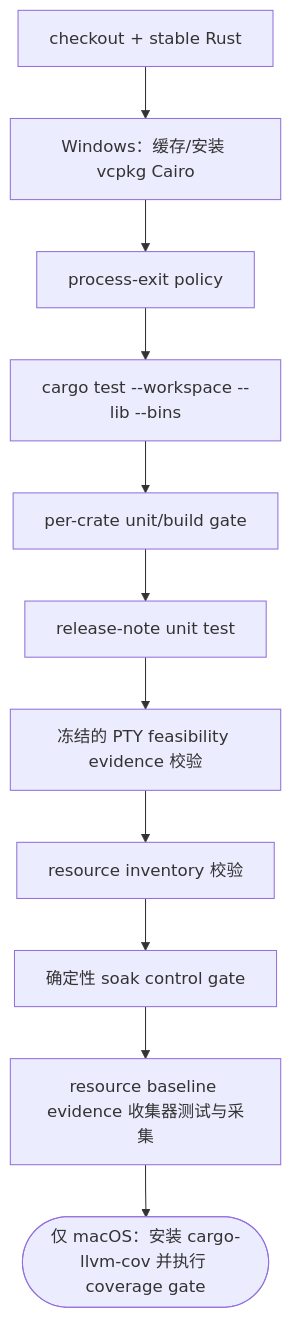
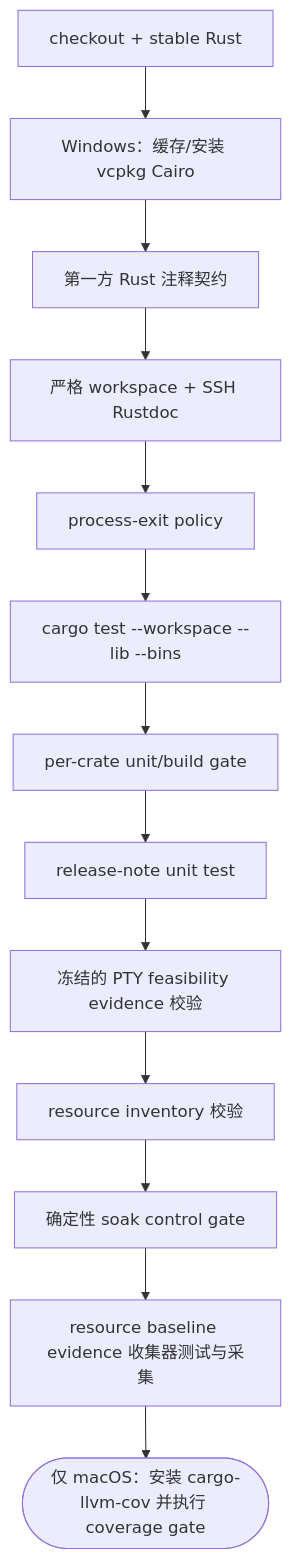
One commit to D0n9X1n/SonicTerm changed the third of 4 diagrams in wiki/Development-and-Release.md. Above: the diagram before and after it, drawn with Mermaid. The commit also changed other lines of this file and 184 other files, not shown here.

````diff
--- a/wiki/Development-and-Release.md
+++ b/wiki/Development-and-Release.md
@@ -408,25 +462,29 @@
 ```mermaid
 flowchart TD
     checkout["checkout + stable Rust"]
     cairo["Windows：缓存/安装 vcpkg Cairo"]
+    comments["第一方 Rust 注释契约"]
+    rustdoc["严格 workspace + SSH Rustdoc"]
     exitpolicy["process-exit policy"]
     wstest["cargo test --workspace --lib --bins"]
     percrate["per-crate unit/build gate"]
     notes["release-note unit test"]
     pty["冻结的 PTY feasibility evidence 校验"]
     inventory["resource inventory 校验"]
     soak["确定性 soak control gate"]
     baseline["resource baseline evidence 收集器测试与采集"]
     coverage(["仅 macOS：安装 cargo-llvm-cov 并执行 coverage gate"])
 
     checkout --> cairo
-    cairo --> exitpolicy
+    cairo --> comments
+    comments --> rustdoc
+    rustdoc --> exitpolicy
     exitpolicy --> wstest
     wstest --> percrate
     percrate --> notes
     notes --> pty
     pty --> inventory
     inventory --> soak
     soak --> baseline
     baseline --> coverage
 ```
````
